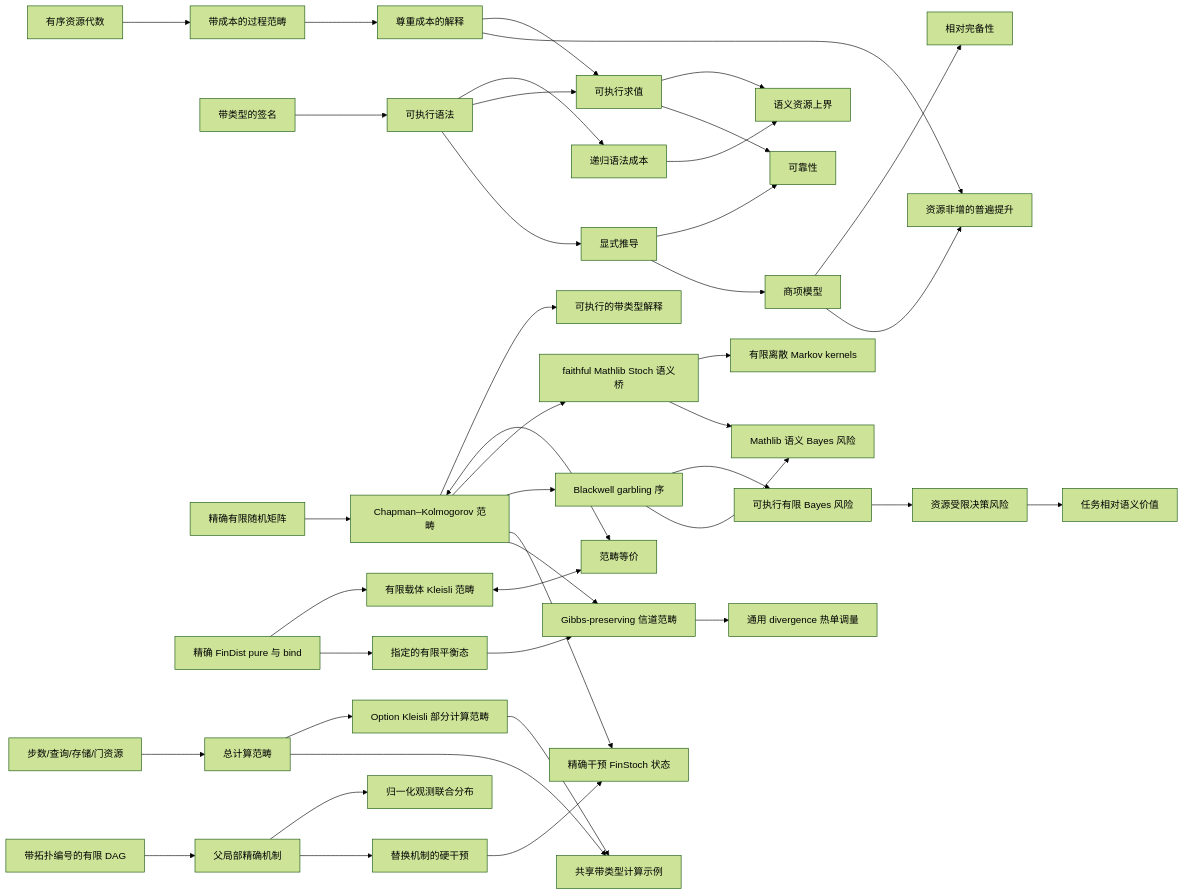
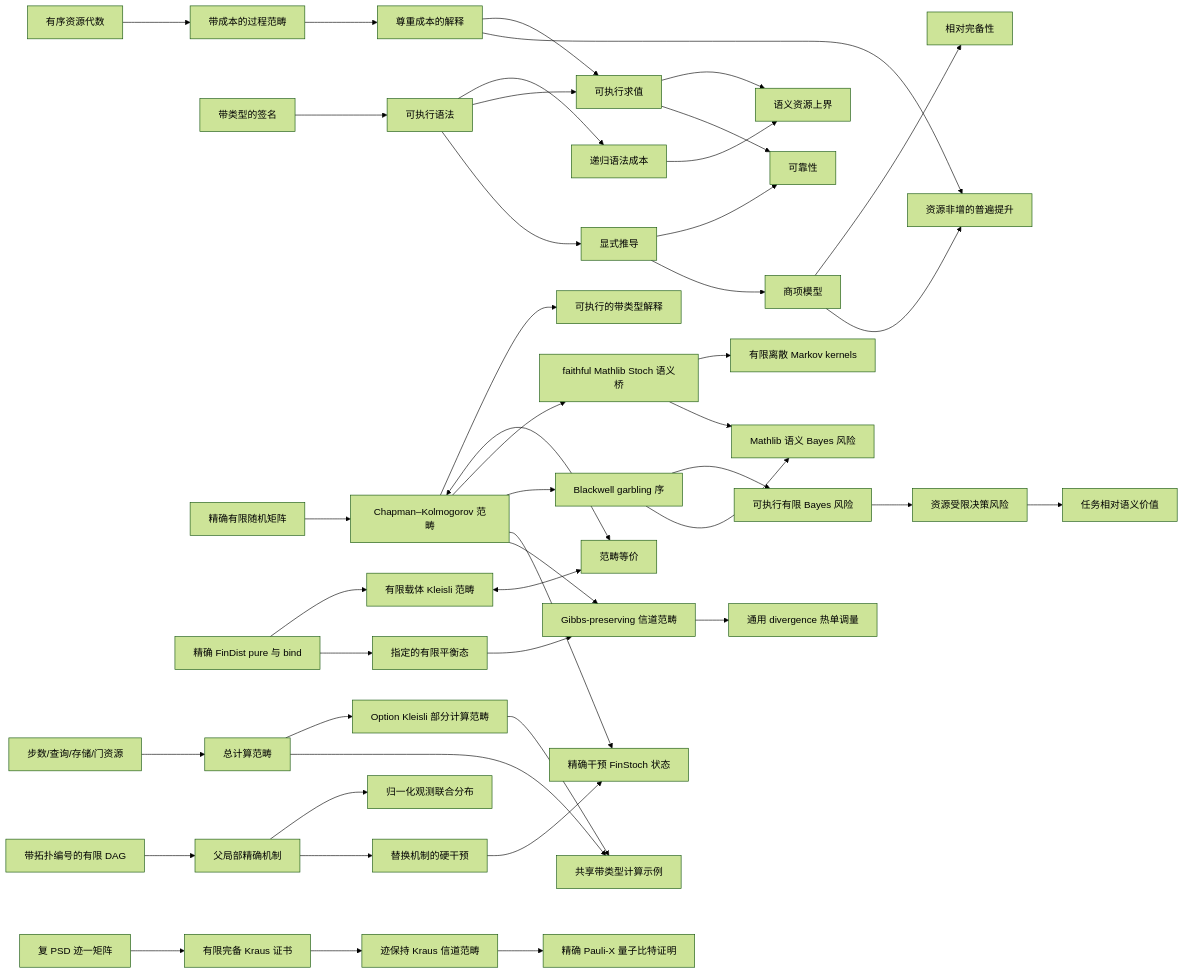
The diagram in docs/README.zh-CN.md (miuchan/ript), drawn with Mermaid (forest theme) before and after one commit. The commit also changed other lines of this file and 12 other files, not shown here.

````diff
--- a/docs/README.zh-CN.md
+++ b/docs/README.zh-CN.md
@@ -389,44 +426,47 @@
 ```mermaid
 flowchart LR
   R["有序资源代数"] --> C["带成本的过程范畴"]
   S["带类型的签名"] --> X["可执行语法"]
   X --> K["递归语法成本"]
   C --> I["尊重成本的解释"]
   X --> E["可执行求值"]
   I --> E
   K --> B["语义资源上界"]
   E --> B
   X --> D["显式推导"]
   D --> SO["可靠性"]
   E --> SO
   D --> T["商项模型"]
   T --> CO["相对完备性"]
   I --> U["资源非增的普遍提升"]
   T --> U
   F["精确有限随机矩阵"] --> CK["Chapman–Kolmogorov 范畴"]
   CK --> EX["可执行的带类型解释"]
   FD["精确 FinDist pure 与 bind"] --> KL["有限载体 Kleisli 范畴"]
   CK <--> EQ["范畴等价"]
   KL <--> EQ
   CK --> ST["faithful Mathlib Stoch 语义桥"]
   ST --> MT["有限离散 Markov kernels"]
   CK --> BW["Blackwell garbling 序"]
   ST --> SB["Mathlib 语义 Bayes 风险"]
   BW --> FR["可执行有限 Bayes 风险"]
   FR --> RR["资源受限决策风险"]
   RR --> SV["任务相对语义价值"]
   BW --> SB
   CR["步数/查询/存储/门资源"] --> TC["总计算范畴"]
   TC --> PC["Option Kleisli 部分计算范畴"]
   TC --> CE["共享带类型计算示例"]
   PC --> CE
   DAG["带拓扑编号的有限 DAG"] --> CM["父局部精确机制"]
   CM --> OJ["归一化观测联合分布"]
   CM --> DO["替换机制的硬干预"]
   DO --> IS["精确干预 FinStoch 状态"]
   CK --> IS
   FD --> TE["指定的有限平衡态"]
   CK --> GP["Gibbs-preserving 信道范畴"]
   TE --> GP
   GP --> TM["通用 divergence 热单调量"]
+  QB["复 PSD 迹一矩阵"] --> QK["有限完备 Kraus 证书"]
+  QK --> QC["迹保持 Kraus 信道范畴"]
+  QC --> QX["精确 Pauli-X 量子比特证明"]
 ```
````
